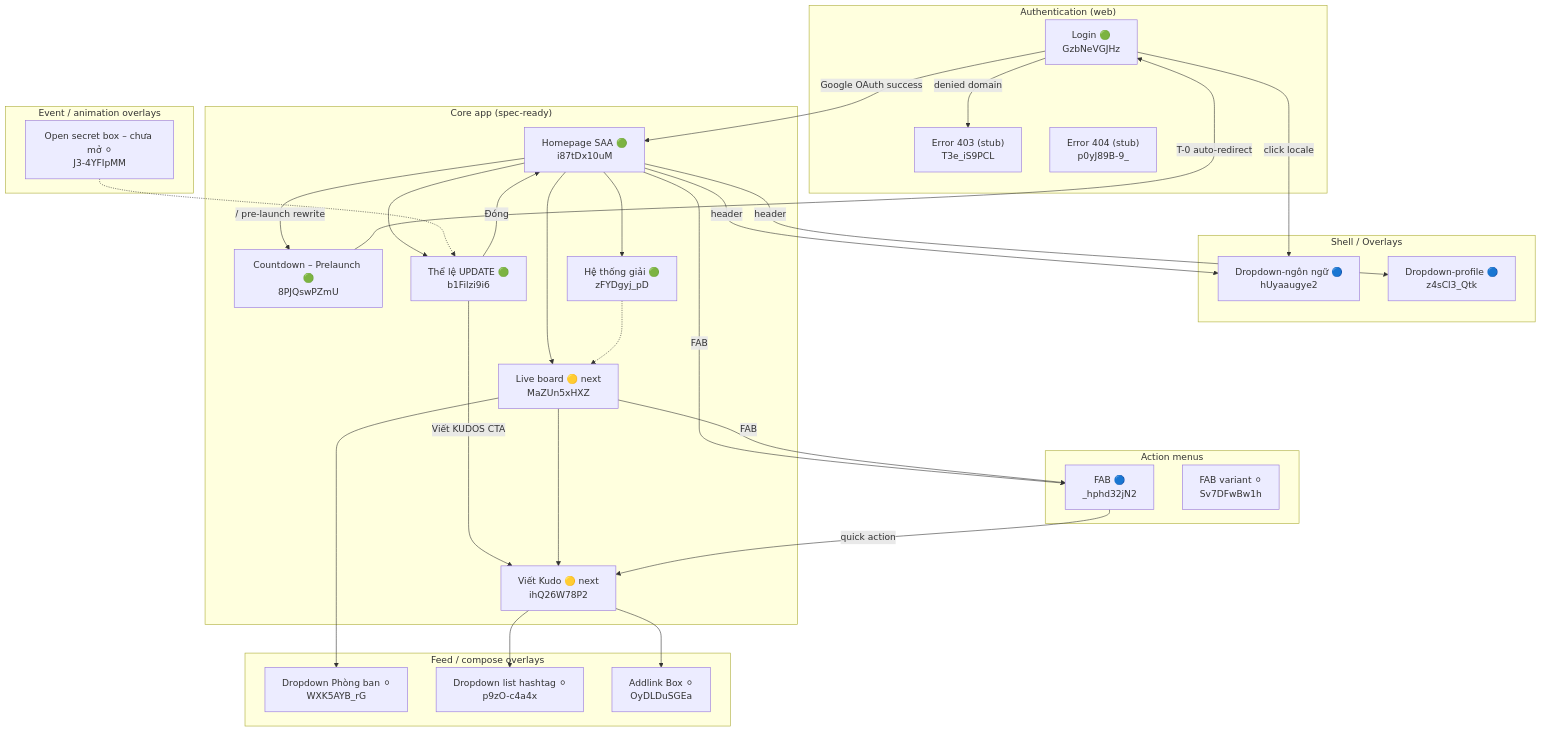
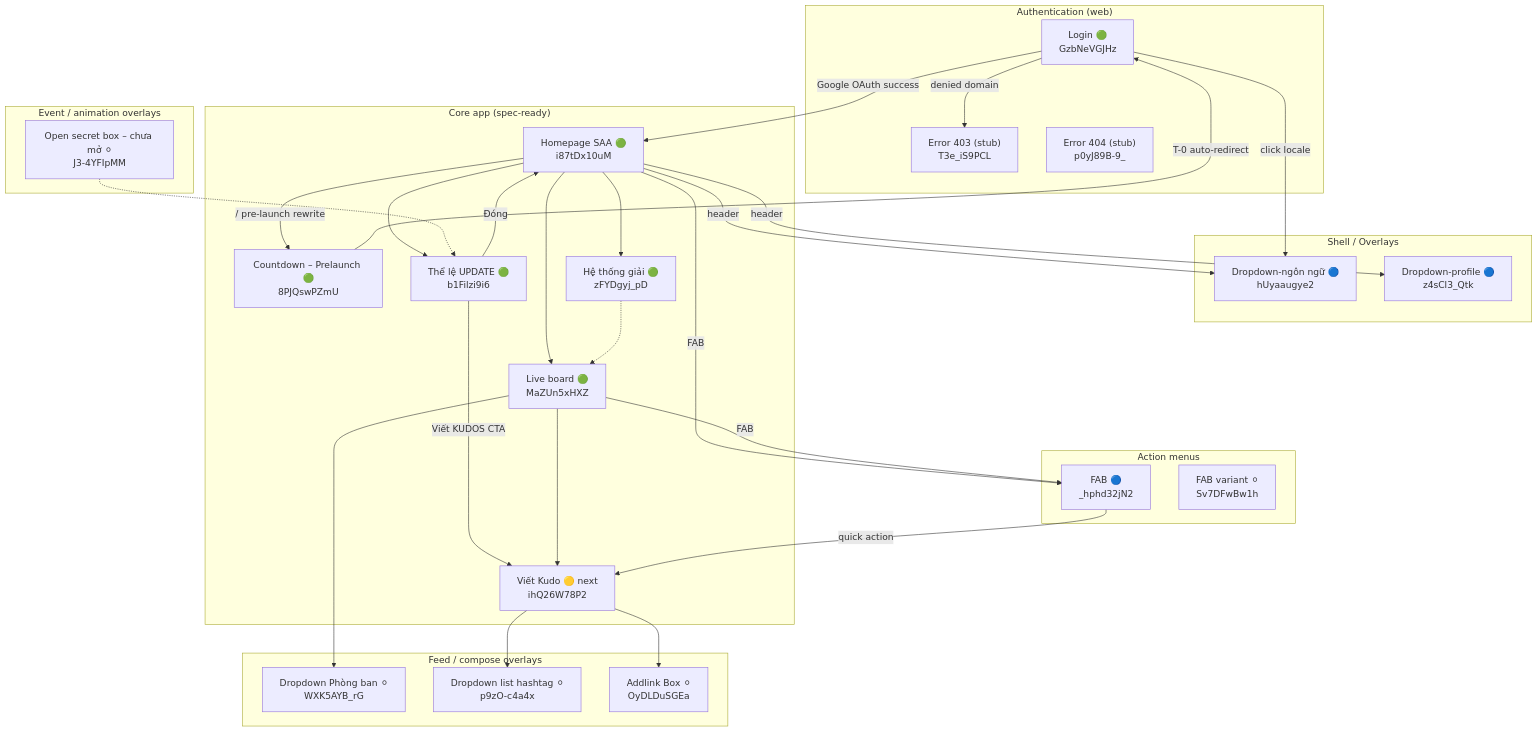
Before and after one commit to hanhvv-0858/agentic-coding-SAA-2025: the first of 3 diagrams in .momorph/contexts/screen_specs/SCREENFLOW.md, drawn with Mermaid. The commit also changed other lines of this file and 134 other files, not shown here.

Commit message:
[MaZUn5xHXZ]kudos live board

````diff
--- a/.momorph/contexts/screen_specs/SCREENFLOW.md
+++ b/.momorph/contexts/screen_specs/SCREENFLOW.md
@@ -117,64 +117,64 @@
 ```mermaid
 flowchart TD
     subgraph Auth["Authentication (web)"]
         Login["Login 🟢\nGzbNeVGJHz"]
         Err403["Error 403 (stub)\nT3e_iS9PCL"]
         Err404["Error 404 (stub)\np0yJ89B-9_"]
     end
 
     subgraph Shell["Shell / Overlays"]
         LangDrop["Dropdown-ngôn ngữ 🔵\nhUyaaugye2"]
         ProfDrop["Dropdown-profile 🔵\nz4sCl3_Qtk"]
     end
 
     subgraph Core["Core app (spec-ready)"]
         Home["Homepage SAA 🟢\ni87tDx10uM"]
         Countdown["Countdown – Prelaunch 🟢\n8PJQswPZmU"]
         Awards["Hệ thống giải 🟢\nzFYDgyj_pD"]
         Rules["Thể lệ UPDATE 🟢\nb1Filzi9i6"]
-        Liveboard["Live board 🟡 next\nMaZUn5xHXZ"]
+        Liveboard["Live board 🟢\nMaZUn5xHXZ"]
         Compose["Viết Kudo 🟡 next\nihQ26W78P2"]
     end
 
     subgraph FilterOverlays["Feed / compose overlays"]
         DeptFilter["Dropdown Phòng ban ⚪\nWXK5AYB_rG"]
         HashList["Dropdown list hashtag ⚪\np9zO-c4a4x"]
         AddLink["Addlink Box ⚪\nOyDLDuSGEa"]
     end
 
     subgraph Actions["Action menus"]
         FAB["FAB 🔵\n_hphd32jN2"]
         FAB2["FAB variant ⚪\nSv7DFwBw1h"]
     end
 
     subgraph GameOverlays["Event / animation overlays"]
         SecretBox["Open secret box – chưa mở ⚪\nJ3-4YFIpMM"]
     end
 
     Login -- Google OAuth success --> Home
     Login -- click locale --> LangDrop
     Login -- denied domain --> Err403
 
     Home -- "/" pre-launch rewrite --> Countdown
     Countdown -- T-0 auto-redirect --> Login
     Home --> Awards
     Home --> Rules
     Home --> Liveboard
     Home -- header --> LangDrop
     Home -- header --> ProfDrop
     Home -- FAB --> FAB
 
     Awards -.-> Liveboard
     Rules -- "Viết KUDOS" CTA --> Compose
     Rules -- "Đóng" --> Home
 
     Liveboard -- FAB --> FAB
     Liveboard --> DeptFilter
     Liveboard --> Compose
     FAB -- quick action --> Compose
 
     Compose --> HashList
     Compose --> AddLink
 
     SecretBox -.-> Rules
 ```
````
